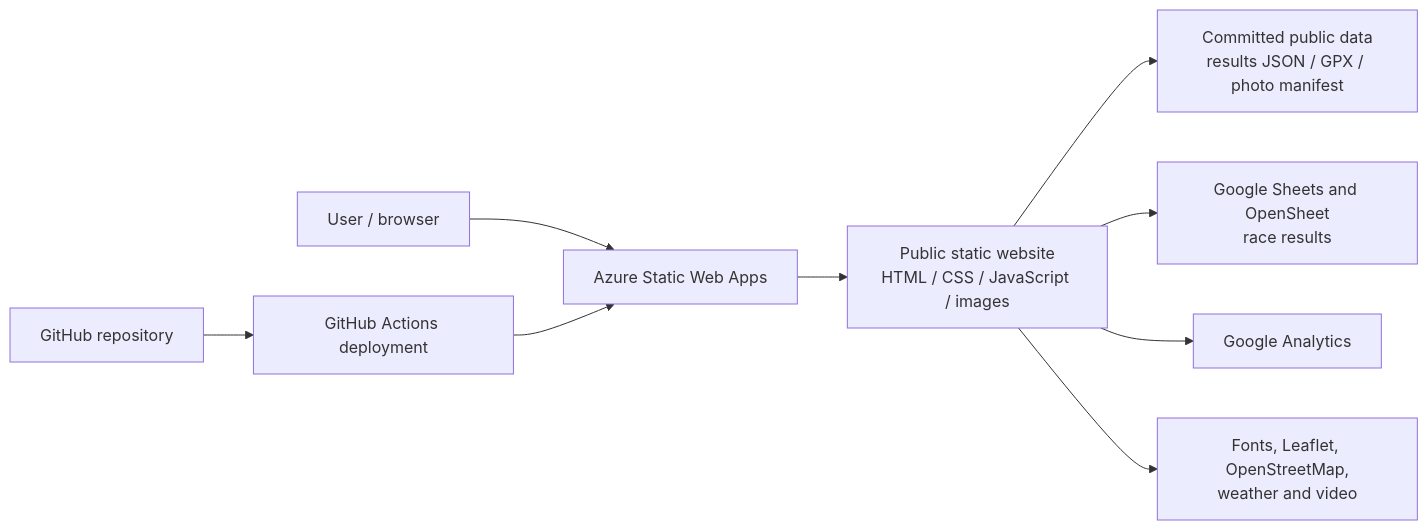
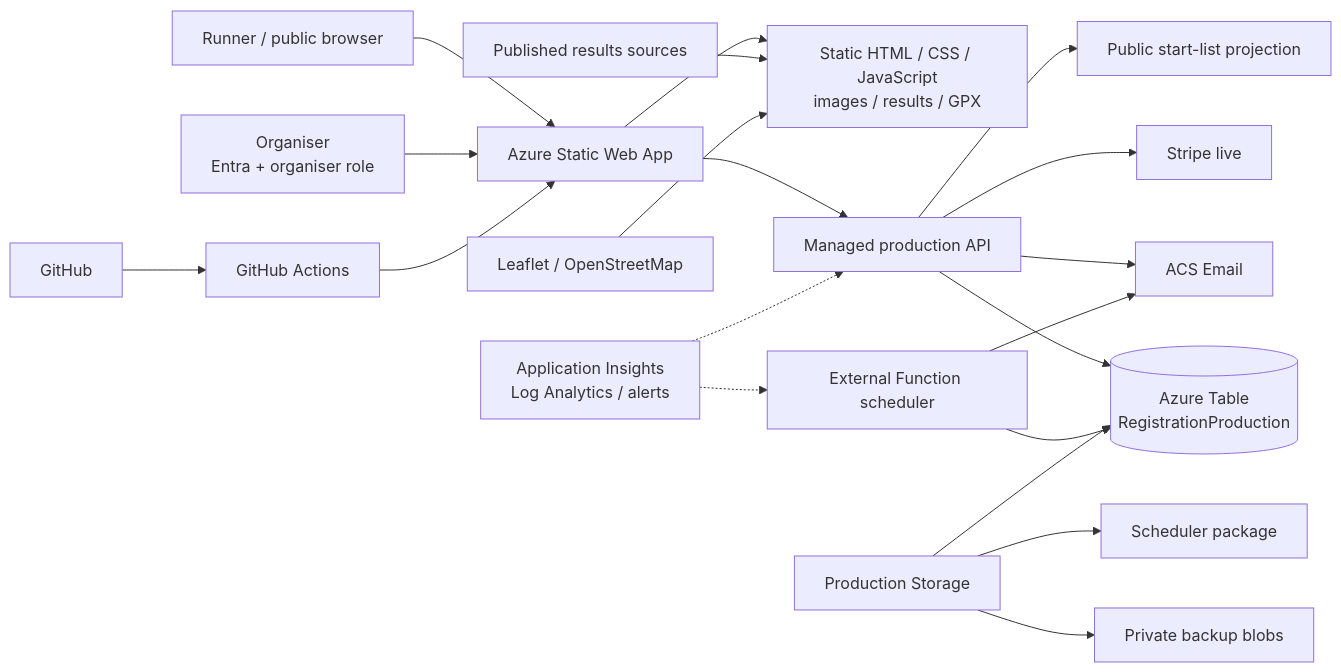
Before and after one commit to sickwrangler/blorengefellrace: the diagram in docs/architecture.md, drawn with Mermaid. The commit also changed other lines of this file and 34 other files, not shown here.

````diff
--- a/docs/architecture.md
+++ b/docs/architecture.md
@@ -7,19 +9,21 @@
 ```mermaid
 flowchart LR
-    U[User / browser]
-    SITE[Public static website<br/>HTML / CSS / JavaScript / images]
-    DATA[Committed public data<br/>results JSON / GPX / photo manifest]
-    AZ[Azure Static Web Apps]
-    GH[GitHub repository]
-    GA[GitHub Actions deployment]
-    RESULTS[Google Sheets and OpenSheet<br/>race results]
-    ANALYTICS[Google Analytics]
-    MEDIA[Fonts, Leaflet, OpenStreetMap,<br/>weather and video]
-
-    U --> AZ --> SITE
-    GH --> GA --> AZ
-    SITE --> DATA
-    SITE --> RESULTS
-    SITE --> ANALYTICS
-    SITE --> MEDIA
+    U[Runner / public browser] --> SWA[Azure Static Web App]
+    O[Organiser<br/>Entra + organiser role] --> SWA
+    SWA --> STATIC[Static HTML / CSS / JavaScript<br/>images / results / GPX]
+    SWA --> API[Managed production API]
+    API --> TABLE[(Azure Table<br/>RegistrationProduction)]
+    API --> STRIPE[Stripe live]
+    API --> ACS[ACS Email]
+    API --> LIST[Public start-list projection]
+    SCHED[External Function scheduler] --> TABLE
+    SCHED --> ACS
+    STORE[Production Storage] --> TABLE
+    STORE --> BACKUPS[Private backup blobs]
+    STORE --> PACKAGE[Scheduler package]
+    MON[Application Insights<br/>Log Analytics / alerts] -.-> API
+    MON -.-> SCHED
+    GH[GitHub] --> ACTIONS[GitHub Actions] --> SWA
+    RESULTS[Published results sources] --> STATIC
+    MAPS[Leaflet / OpenStreetMap] --> STATIC
 ```
````
